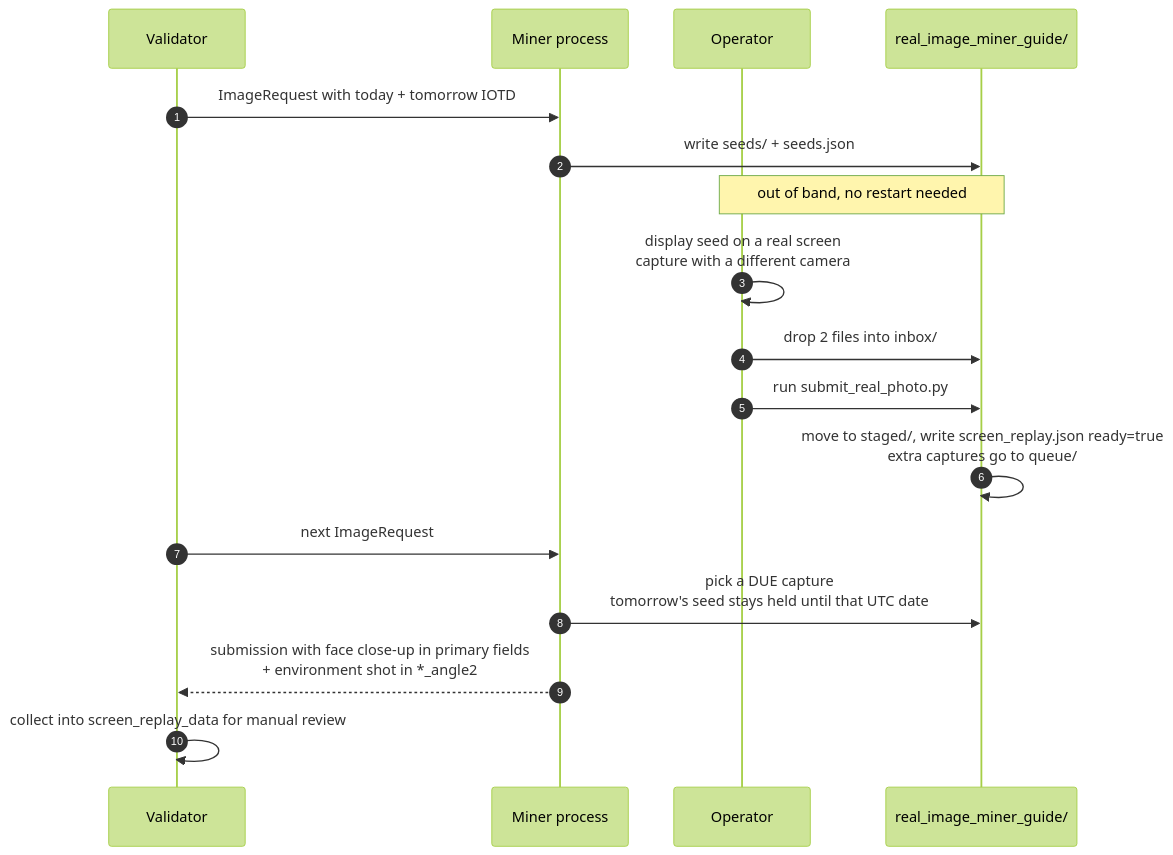
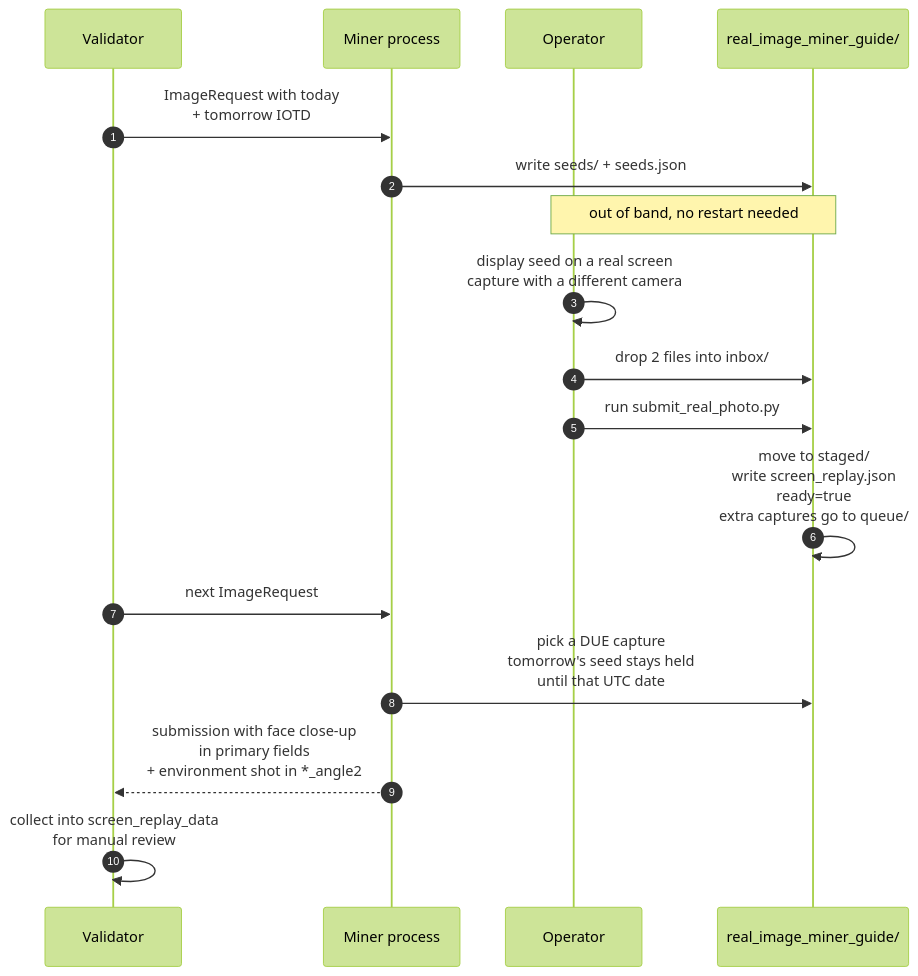
The sixth of 10 diagrams in docs/workflow.md (phantom930/MIID-subnet), drawn with Mermaid (forest theme) before and after one commit. The commit also changed other lines of this file and 1 other file, not shown here.

````diff
--- a/docs/workflow.md
+++ b/docs/workflow.md
@@ -230,21 +239,21 @@
 ```mermaid
 sequenceDiagram
     autonumber
     participant V as Validator
     participant M as Miner process
     participant OP as Operator
     participant FS as real_image_miner_guide/
 
-    V->>M: ImageRequest with today + tomorrow IOTD
+    V->>M: ImageRequest with today<br/>+ tomorrow IOTD
     M->>FS: write seeds/ + seeds.json
     Note over OP,FS: out of band, no restart needed
     OP->>OP: display seed on a real screen<br/>capture with a different camera
     OP->>FS: drop 2 files into inbox/
     OP->>FS: run submit_real_photo.py
-    FS->>FS: move to staged/, write screen_replay.json ready=true<br/>extra captures go to queue/
+    FS->>FS: move to staged/<br/>write screen_replay.json<br/>ready=true<br/>extra captures go to queue/
 
     V->>M: next ImageRequest
-    M->>FS: pick a DUE capture<br/>tomorrow's seed stays held until that UTC date
-    M-->>V: submission with face close-up in primary fields<br/>+ environment shot in *_angle2
-    V->>V: collect into screen_replay_data for manual review
+    M->>FS: pick a DUE capture<br/>tomorrow's seed stays held<br/>until that UTC date
+    M-->>V: submission with face close-up<br/>in primary fields<br/>+ environment shot in *_angle2
+    V->>V: collect into screen_replay_data<br/>for manual review
 ```
````
